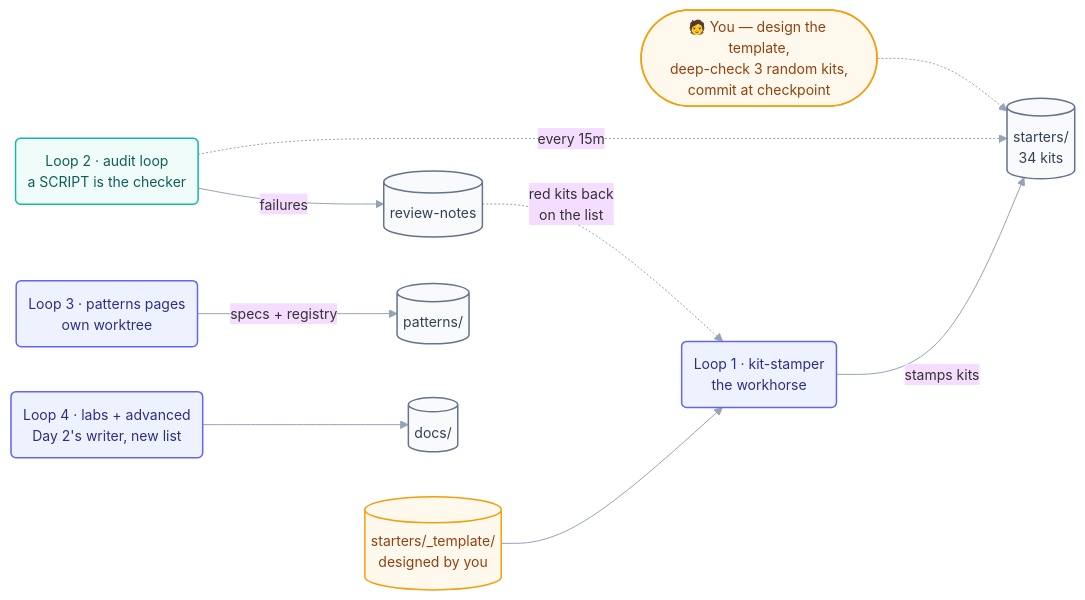
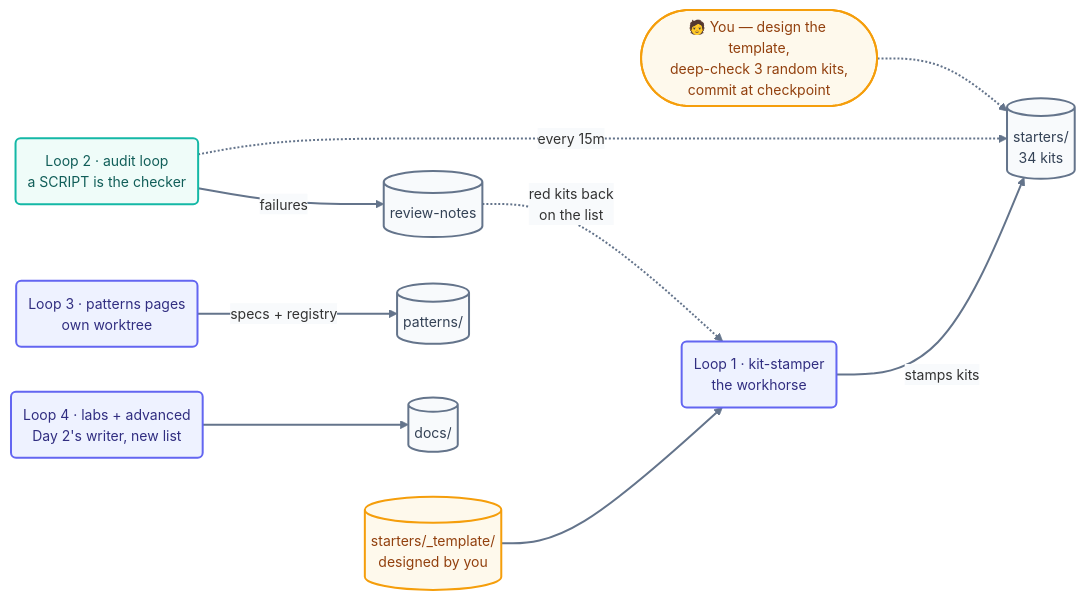
One commit to ayeshakhalid192007-dev/LoopEngineering-CrashCourse changed the diagram in days-plans/day3-plan.md. Above: the diagram before and after it, drawn with Mermaid. The commit also changed 66 other files, not shown here.

First line of the commit message:
docs(diagrams): bolden and unify all 70 mermaid diagrams

````diff
--- a/days-plans/day3-plan.md
+++ b/days-plans/day3-plan.md
@@ -54,17 +54,18 @@
 ```mermaid
-%%{init: {'theme':'base','themeVariables':{'fontFamily':'ui-sans-serif, system-ui, sans-serif','fontSize':'14px','lineColor':'#94a3b8'},'flowchart':{'curve':'basis','nodeSpacing':45,'rankSpacing':55,'padding':12}}}%%
+%%{init: {'theme':'base','themeVariables':{'fontFamily':'ui-sans-serif, system-ui, sans-serif','fontSize':'14px','lineColor':'#64748b','edgeLabelBackground':'#f8fafc'},'flowchart':{'curve':'basis','nodeSpacing':45,'rankSpacing':55,'padding':12}}}%%
 flowchart LR
     T[("starters/_template/<br/>designed by you")]:::human2 --> L1("Loop 1 · kit-stamper<br/>the workhorse"):::maker
     L1 -->|stamps kits| K[("starters/<br/>34 kits")]:::file
     L2("Loop 2 · audit loop<br/>a SCRIPT is the checker"):::script -.->|every 15m| K
     L2 -->|failures| RN[("review-notes")]:::file
     RN -.->|red kits back<br/>on the list| L1
     L3("Loop 3 · patterns pages<br/>own worktree"):::maker -->|specs + registry| P[("patterns/")]:::file
     L4("Loop 4 · labs + advanced<br/>Day 2's writer, new list"):::maker --> D[("docs/")]:::file
     H(["🧑 You — design the template,<br/>deep-check 3 random kits,<br/>commit at checkpoint"]):::human -.-> K
-    classDef maker fill:#eef2ff,stroke:#6366f1,stroke-width:1.5px,color:#312e81;
-    classDef script fill:#effcf9,stroke:#14b8a6,stroke-width:1.5px,color:#115e59;
-    classDef file fill:#f8fafc,stroke:#64748b,stroke-width:1.5px,color:#334155;
-    classDef human fill:#fef9ec,stroke:#f59e0b,stroke-width:1.5px,color:#92400e;
-    classDef human2 fill:#fef9ec,stroke:#f59e0b,stroke-width:1.5px,color:#92400e;
+    linkStyle default stroke:#64748b,stroke-width:2px;
+    classDef maker fill:#eef2ff,stroke:#6366f1,stroke-width:2px,color:#312e81;
+    classDef script fill:#effcf9,stroke:#14b8a6,stroke-width:2px,color:#115e59;
+    classDef file fill:#f8fafc,stroke:#64748b,stroke-width:2px,color:#334155;
+    classDef human fill:#fef9ec,stroke:#f59e0b,stroke-width:2px,color:#92400e;
+    classDef human2 fill:#fef9ec,stroke:#f59e0b,stroke-width:2px,color:#92400e;
 ```
````
